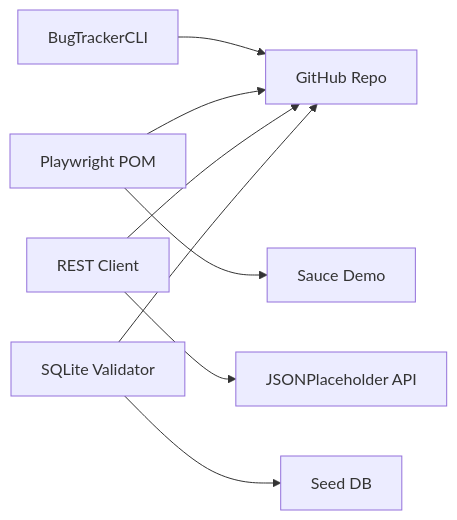
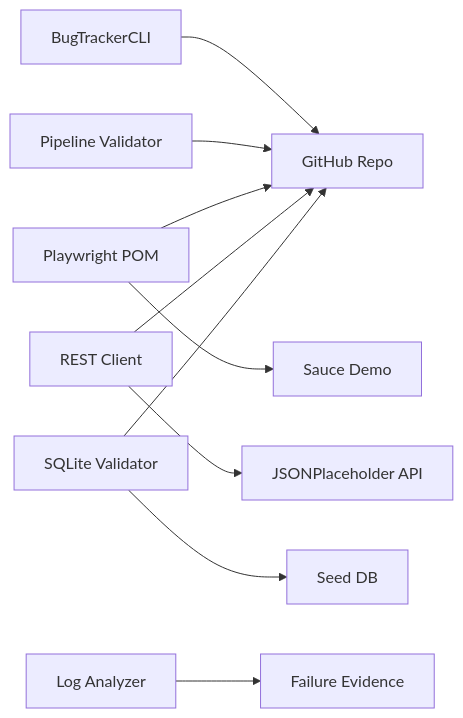
Before and after one commit to saptayh-8910/qa-compliance-sentry: the diagram in README.md, drawn with Mermaid. The commit also changed other lines of this file and 24 other files, not shown here.

````diff
--- a/README.md
+++ b/README.md
@@ -29,10 +31,12 @@
 ```mermaid
 flowchart LR
   CLI[BugTrackerCLI] --> Repo[GitHub Repo]
   PW[Playwright POM] --> Sauce[Sauce Demo]
   API[REST Client] --> JSON[JSONPlaceholder API]
   DB[SQLite Validator] --> Seed[Seed DB]
+  LOG[Log Analyzer] --> Evidence[Failure Evidence]
+  PIPE[Pipeline Validator] --> Repo
   PW --> Repo
   API --> Repo
   DB --> Repo
 ```
````
